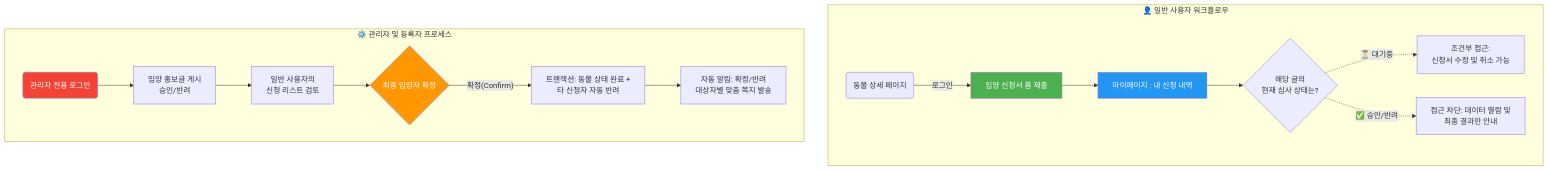
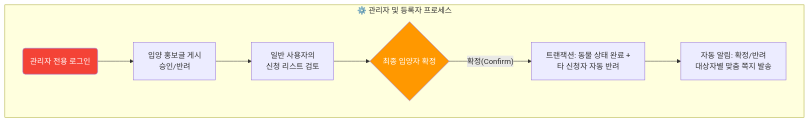
One commit to KJH-Portfolio/202511-stray-dog-volunteer changed the third of 3 diagrams in README.md. Above: the diagram before and after it, drawn with Mermaid. The commit also changed other lines of this file, not shown here.

````diff
--- a/README.md
+++ b/README.md
@@ -132,21 +152,12 @@
   ```mermaid
   flowchart TD
-      subgraph USER_FLOW ["👤 일반 사용자 워크플로우"]
-          U1(동물 상세 페이지) -->|로그인| U2[입양 신청서 폼 제출]
-          U2 --> U3[마이페이지 : 내 신청 내역]
-          U3 --> U4{해당 글의\n현재 심사 상태는?}
-          U4 -.->|"⏳ 대기중"| U5["조건부 접근:\n신청서 수정 및 취소 가능"]
-          U4 -.->|"✅ 승인/반려"| U6["접근 차단: 데이터 열람 및\n최종 결과만 안내"]
-      end
       subgraph ADMIN_FLOW ["⚙️ 관리자 및 등록자 프로세스"]
           A1(관리자 전용 로그인) --> A2[입양 홍보글 게시\n승인/반려]
           A2 --> A3[일반 사용자의\n신청 리스트 검토]
           A3 --> A4{최종 입양자 확정}
           A4 -- "확정(Confirm)" --> A5["트랜잭션: 동물 상태 완료 +\n타 신청자 자동 반려"]
           A5 --> A6["자동 알림: 확정/반려\n대상자별 맞춤 쪽지 발송"]
       end
-      style U2 fill:#4CAF50,color:#fff
-      style U3 fill:#2196F3,color:#fff
       style A1 fill:#F44336,color:#fff
       style A4 fill:#FF9800,color:#fff
   ```
````
